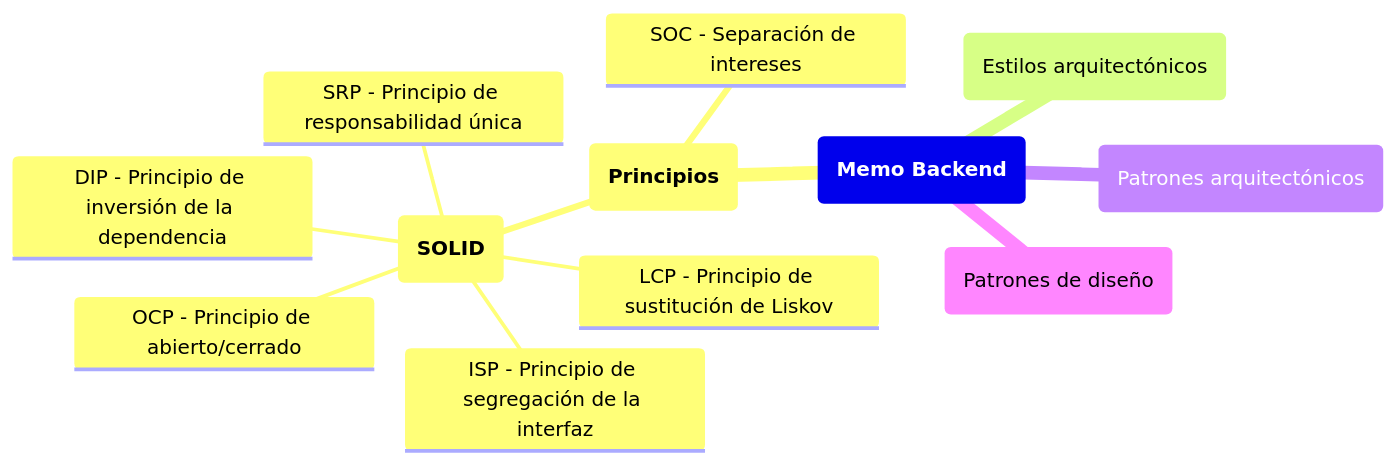
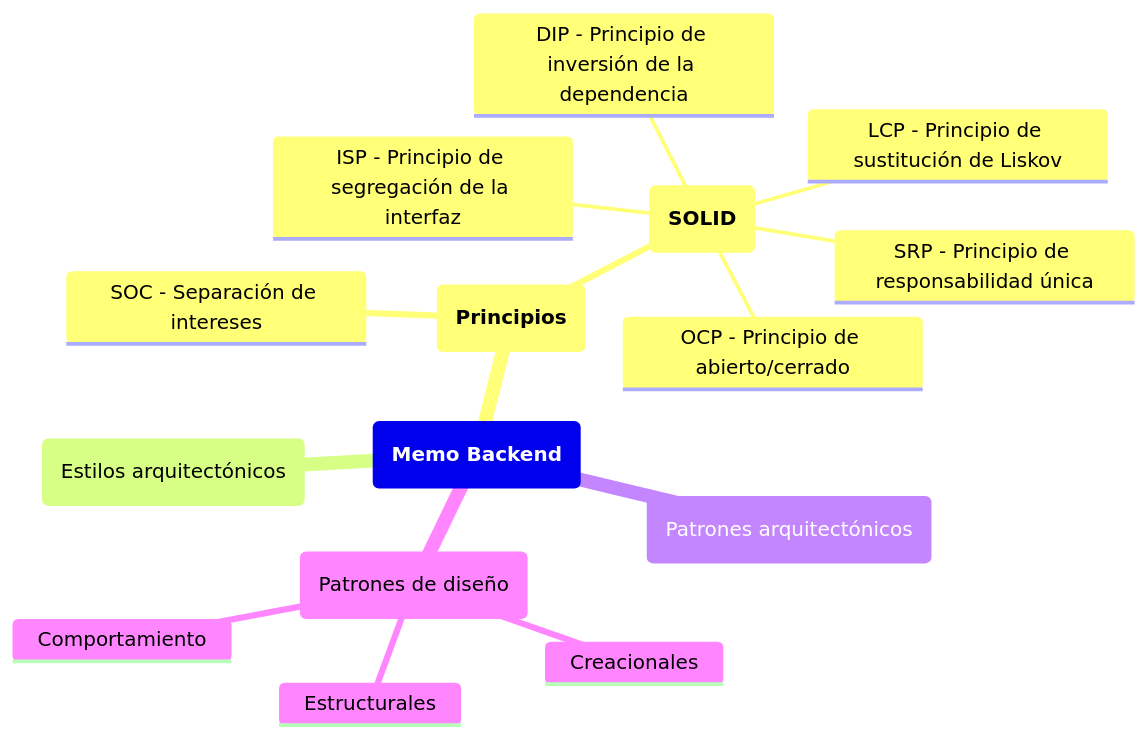
The first of 4 diagrams in pages/mapamental.md (urrestarazu-alejandro/memo-backend), drawn with Mermaid before and after one commit.

Commit message:
Fix Mapa mental intro

````diff
--- a/pages/mapamental.md
+++ b/pages/mapamental.md
@@ -10,21 +10,27 @@
 ```mermaid
 mindmap
   root("`**Memo Backend**`")
   ::icon(fas fa-memory)
     id("`**Principios**`")
         ::icon(fas fa-yin-yang)
         SOC - Separación de intereses
         id("`**SOLID**`")
         ::icon(fas fa-gem)
             SRP - Principio de responsabilidad única
             OCP - Principio de abierto/cerrado
             LCP - Principio de sustitución de Liskov
             ISP - Principio de segregación de la interfaz
             DIP - Principio de inversión de la dependencia
     id(Estilos arquitectónicos)
     ::icon(fas fa-university)
     id(Patrones arquitectónicos)
     ::icon(fas fa-igloo)
     id(Patrones de diseño)
     ::icon(fas fa-puzzle-piece)
+        Creacionales
+        ::icon(fas fa-industry)
+        Estructurales
+        ::icon(fas fa-cubes)
+        Comportamiento
+        ::icon(fas fa-key)
 ```  
````
